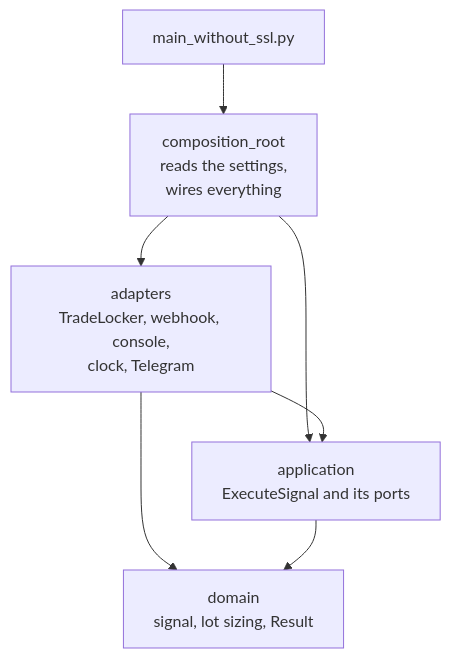
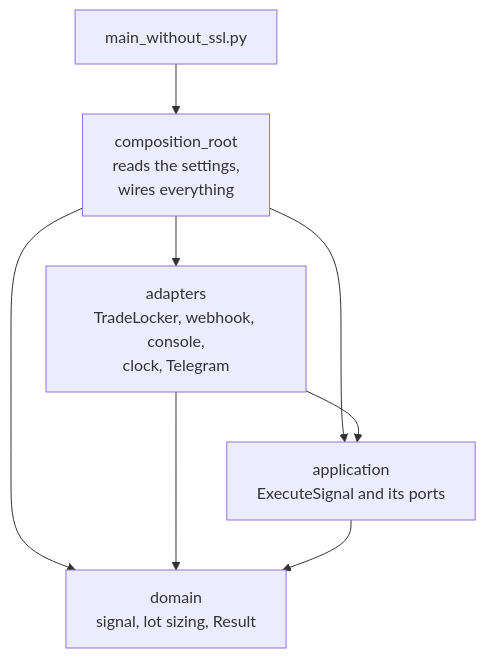
One commit to Akinzou/TradeLockerBot changed the sixth of 6 diagrams in README.md. Above: the diagram before and after it, drawn with Mermaid. The commit also changed other lines of this file and 5 other files, not shown here.

````diff
--- a/README.md
+++ b/README.md
@@ -707,9 +707,10 @@
 ```mermaid
 flowchart TB
     EP[main_without_ssl.py] --> CR["composition_root<br/>reads the settings,<br/>wires everything"]
     CR --> AD["adapters<br/>TradeLocker, webhook, console,<br/>clock, Telegram"]
     CR --> APP
+    CR --> DOM
     AD --> APP["application<br/>ExecuteSignal and its ports"]
     AD --> DOM
     APP --> DOM["domain<br/>signal, lot sizing, Result"]
 ```
````
